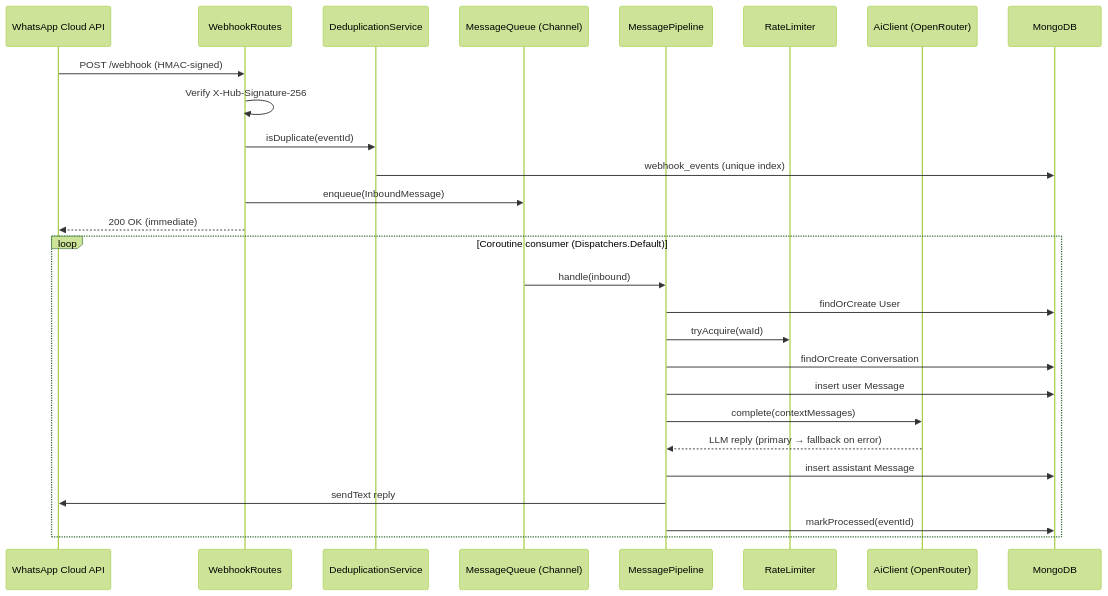
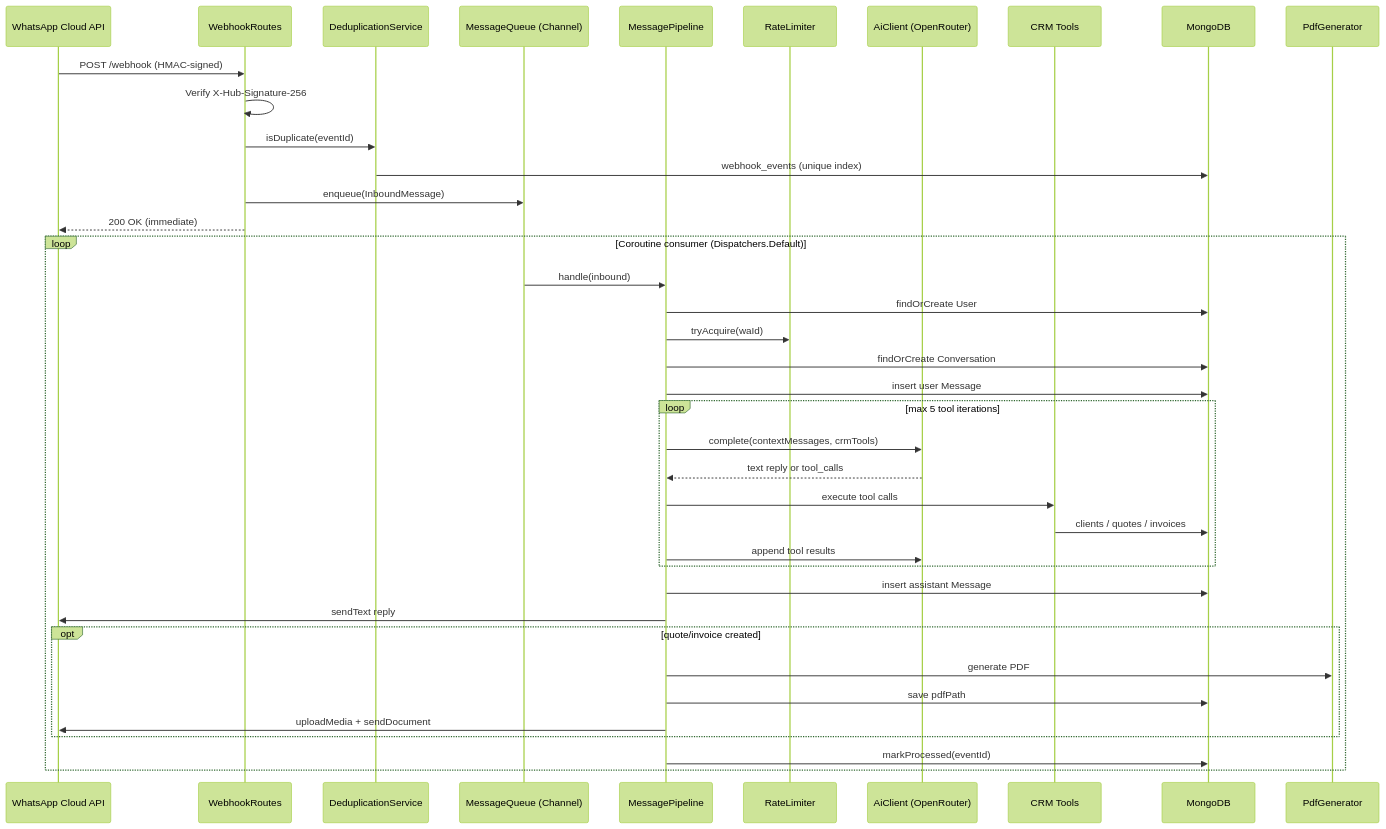
The first of 2 diagrams in docs/architecture.md (rfm-9300/rfm-edubot), drawn with Mermaid (forest theme) before and after one commit. The commit also changed other lines of this file and 34 other files, not shown here.

````diff
--- a/docs/architecture.md
+++ b/docs/architecture.md
@@ -7,31 +7,43 @@
 ```mermaid
 sequenceDiagram
     participant WA as WhatsApp Cloud API
     participant W as WebhookRoutes
     participant D as DeduplicationService
     participant Q as MessageQueue (Channel)
     participant P as MessagePipeline
     participant R as RateLimiter
     participant AI as AiClient (OpenRouter)
+    participant CRM as CRM Tools
     participant DB as MongoDB
+    participant PDF as PdfGenerator
 
     WA->>W: POST /webhook (HMAC-signed)
     W->>W: Verify X-Hub-Signature-256
     W->>D: isDuplicate(eventId)
     D->>DB: webhook_events (unique index)
     W->>Q: enqueue(InboundMessage)
     W-->>WA: 200 OK (immediate)
 
     loop Coroutine consumer (Dispatchers.Default)
         Q->>P: handle(inbound)
         P->>DB: findOrCreate User
         P->>R: tryAcquire(waId)
         P->>DB: findOrCreate Conversation
         P->>DB: insert user Message
-        P->>AI: complete(contextMessages)
-        AI-->>P: LLM reply (primary → fallback on error)
+        loop max 5 tool iterations
+            P->>AI: complete(contextMessages, crmTools)
+            AI-->>P: text reply or tool_calls
+            P->>CRM: execute tool calls
+            CRM->>DB: clients / quotes / invoices
+            P->>AI: append tool results
+        end
         P->>DB: insert assistant Message
         P->>WA: sendText reply
+        opt quote/invoice created
+            P->>PDF: generate PDF
+            P->>DB: save pdfPath
+            P->>WA: uploadMedia + sendDocument
+        end
         P->>DB: markProcessed(eventId)
     end
 ```
````
